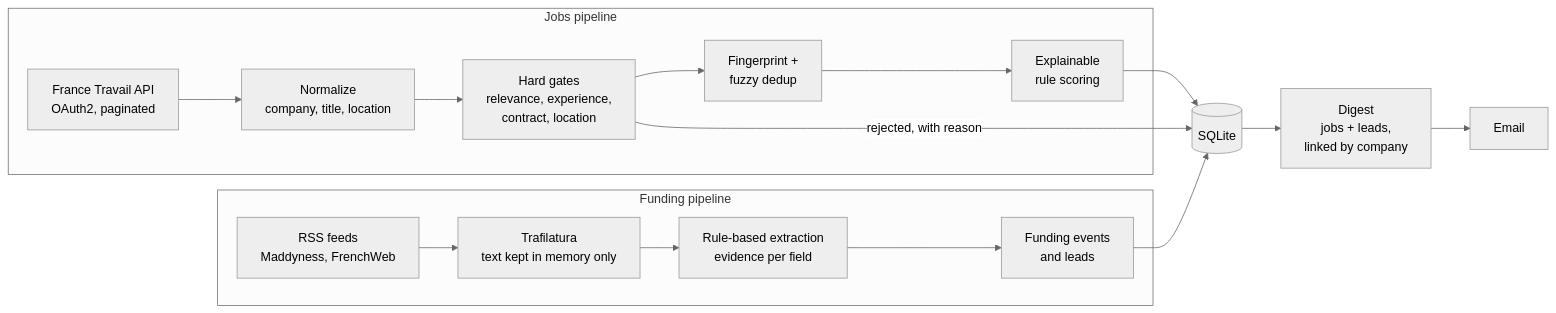
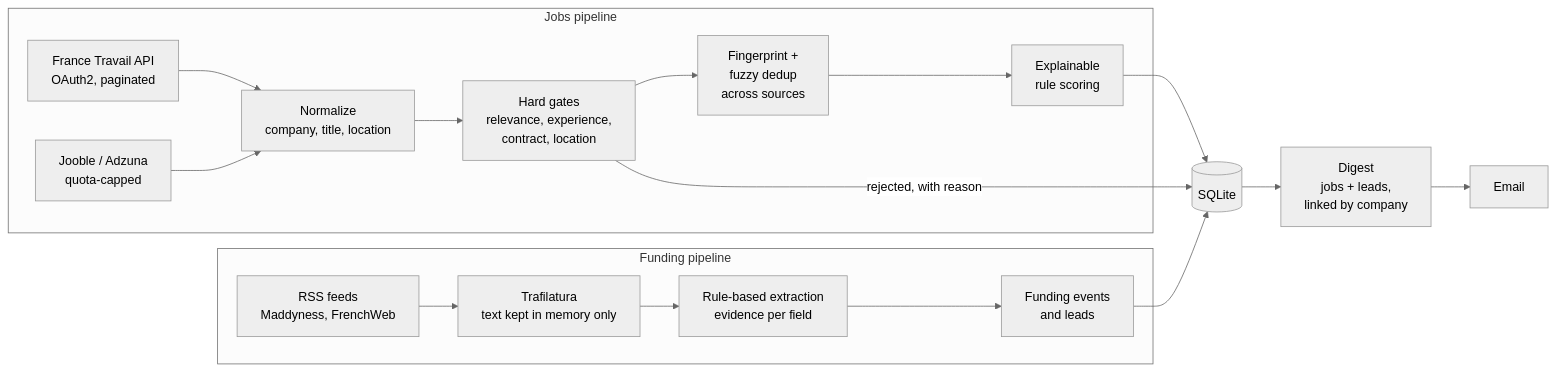
The first of 2 diagrams in README.md (Chacronemed/job-match), drawn with Mermaid (neutral theme) before and after one commit. The commit also changed other lines of this file and 31 other files, not shown here.

Commit message:
feat: Jooble and Adzuna job sources

````diff
--- a/README.md
+++ b/README.md
@@ -34,21 +34,22 @@
 ```mermaid
 flowchart LR
     subgraph JOBS["Jobs pipeline"]
         FT["France Travail API<br/>OAuth2, paginated"] --> NORM["Normalize<br/>company, title, location"]
+        JB["Jooble / Adzuna<br/>quota-capped"] --> NORM
         NORM --> GATE["Hard gates<br/>relevance, experience,<br/>contract, location"]
-        GATE --> DEDUP["Fingerprint +<br/>fuzzy dedup"]
+        GATE --> DEDUP["Fingerprint +<br/>fuzzy dedup<br/>across sources"]
         DEDUP --> SCORE["Explainable<br/>rule scoring"]
     end
 
     subgraph FUNDING["Funding pipeline"]
         RSS["RSS feeds<br/>Maddyness, FrenchWeb"] --> TRAF["Trafilatura<br/>text kept in memory only"]
         TRAF --> EXTRACT["Rule-based extraction<br/>evidence per field"]
         EXTRACT --> EVENTS["Funding events<br/>and leads"]
     end
 
     SCORE --> DB[("SQLite")]
     GATE -- "rejected, with reason" --> DB
     EVENTS --> DB
     DB --> DIGEST["Digest<br/>jobs + leads,<br/>linked by company"]
     DIGEST --> EMAIL["Email"]
 ```
````
